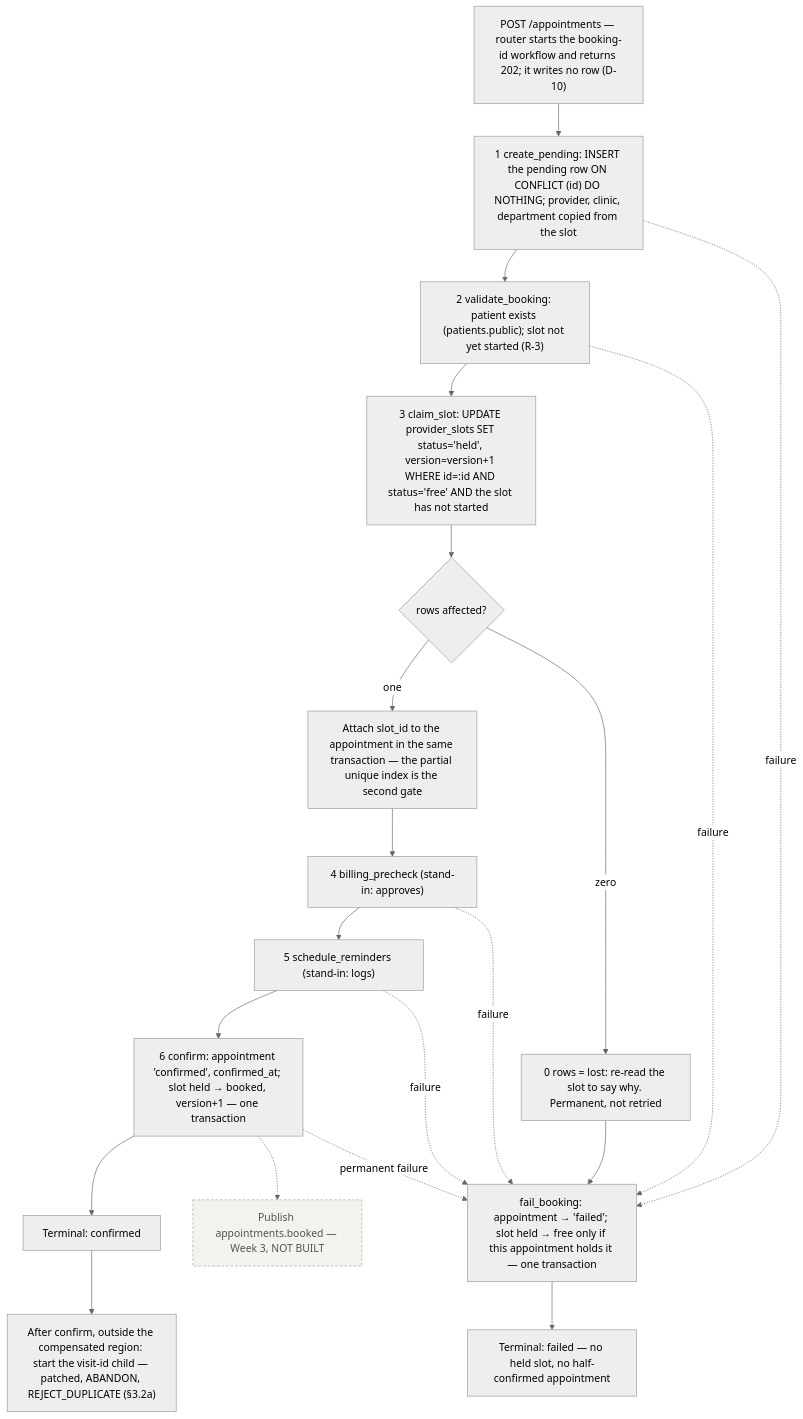
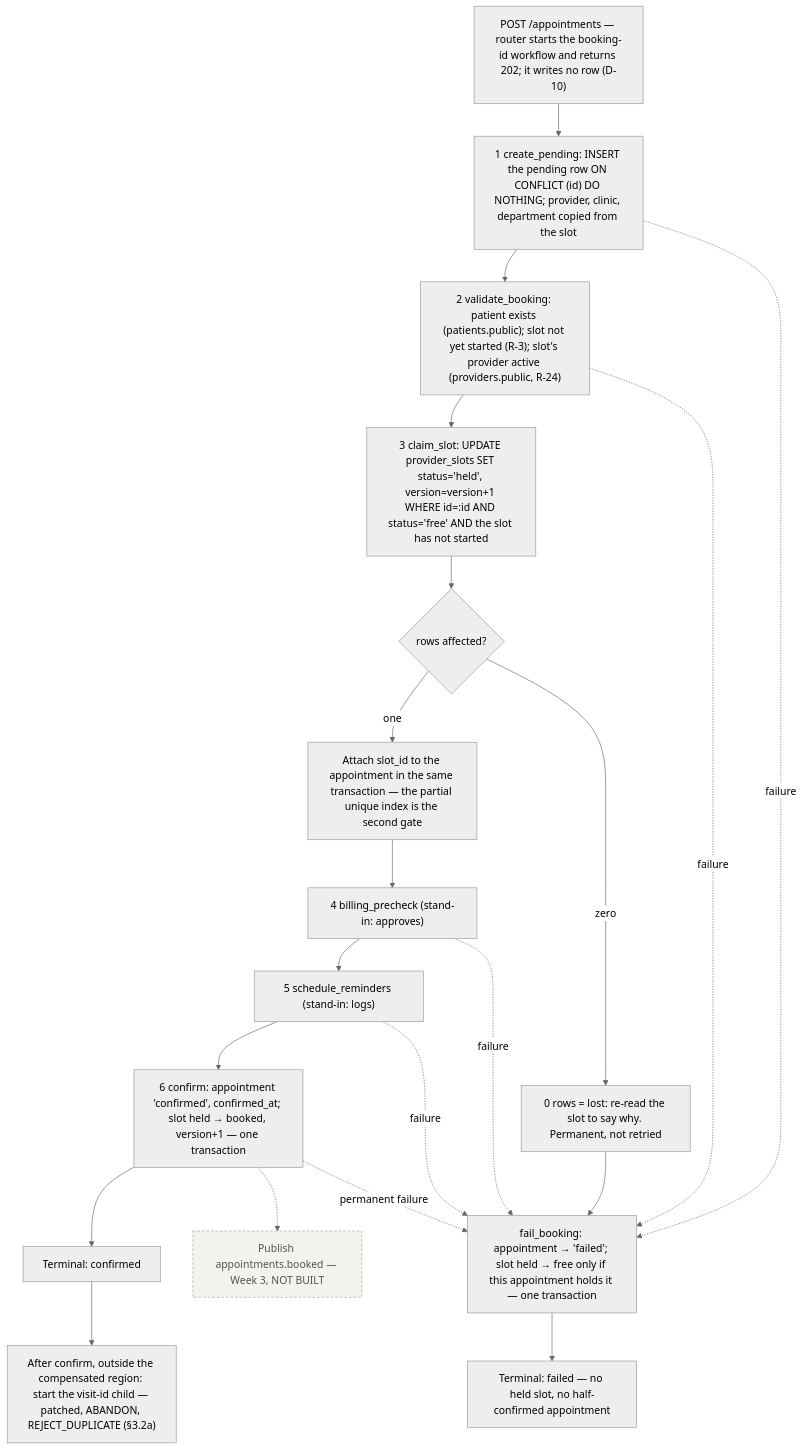
Before and after one commit to sadainiqrar/smarthealth: the tenth of 13 diagrams in docs/ARCHITECTURE.md, drawn with Mermaid (neutral theme). The commit also changed other lines of this file and 5 other files, not shown here.

````diff
--- a/docs/ARCHITECTURE.md
+++ b/docs/ARCHITECTURE.md
@@ -1093,34 +1098,34 @@
 ```mermaid
 flowchart TD
     start["POST /appointments — router starts the booking-id workflow and returns 202; it writes no row (D-10)"]
     create["1 create_pending: INSERT the pending row ON CONFLICT (id) DO NOTHING; provider, clinic, department copied from the slot"]
-    validate["2 validate_booking: patient exists (patients.public); slot not yet started (R-3)"]
+    validate["2 validate_booking: patient exists (patients.public); slot not yet started (R-3); slot's provider active (providers.public, R-24)"]
     reserve["3 claim_slot: UPDATE provider_slots SET status='held', version=version+1 WHERE id=:id AND status='free' AND the slot has not started"]
     rows{"rows affected?"}
     conflict["0 rows = lost: re-read the slot to say why. Permanent, not retried"]
     attach["Attach slot_id to the appointment in the same transaction — the partial unique index is the second gate"]
     billing["4 billing_precheck (stand-in: approves)"]
     notify["5 schedule_reminders (stand-in: logs)"]
     confirm["6 confirm: appointment 'confirmed', confirmed_at; slot held → booked, version+1 — one transaction"]
     publish["Publish appointments.booked — Week 3, NOT BUILT"]
     done["Terminal: confirmed"]
     visit["After confirm, outside the compensated region: start the visit-id child — patched, ABANDON, REJECT_DUPLICATE (§3.2a)"]
     comp["fail_booking: appointment → 'failed'; slot held → free only if this appointment holds it — one transaction"]
     failed["Terminal: failed — no held slot, no half-confirmed appointment"]
 
     start --> create --> validate --> reserve --> rows
     rows -->|one| attach
     rows -->|zero| conflict --> comp
     attach --> billing --> notify --> confirm --> done
     confirm -.-> publish
     done --> visit
     create -. failure .-> comp
     validate -. failure .-> comp
     billing -. failure .-> comp
     notify -. failure .-> comp
     confirm -. permanent failure .-> comp
     comp --> failed
 
     classDef notbuilt fill:#f4f2ee,stroke:#a9a49a,stroke-dasharray:4 3,color:#55534e
     class publish notbuilt
 ```
````
